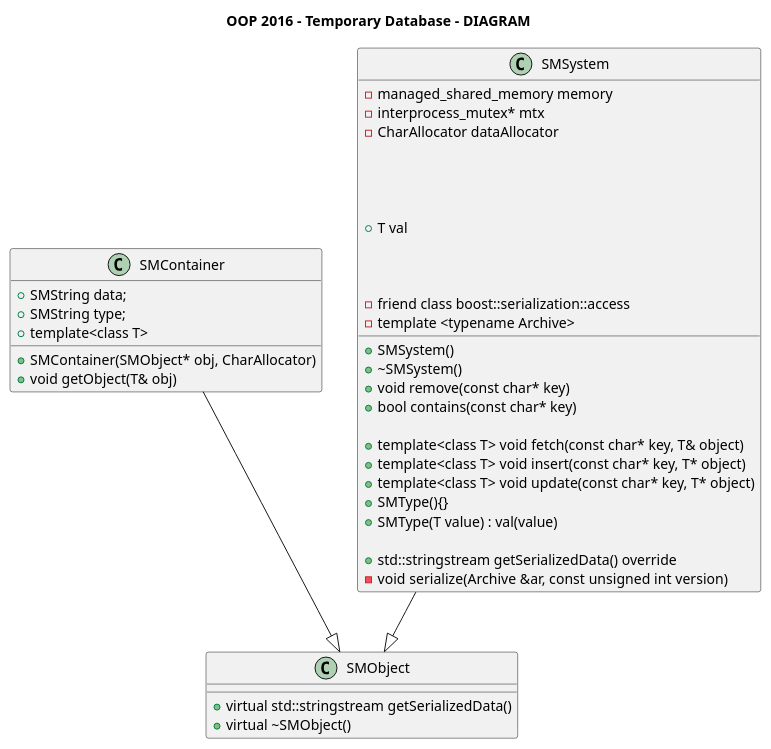
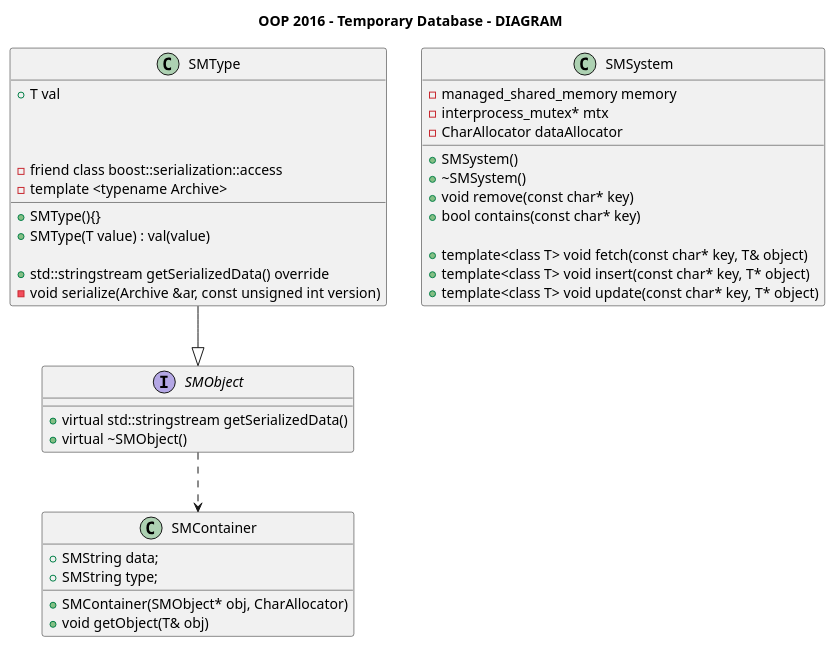
Before and after one commit to lcieply/DateBase_SM: the diagram in UML/uml.puml, drawn with PlantUML. The commit also changed 3 other files, not shown here.

Commit message:
poprawiony UML ale poprawcie moje smieci :((

```diff
--- a/UML/uml.puml
+++ b/UML/uml.puml
@@ -1,47 +1,49 @@
 @startuml
 title OOP 2016 - Temporary Database - DIAGRAM 
 
-class SMObject {
+interface SMObject {
       +virtual std::stringstream getSerializedData() 
       +virtual ~SMObject()
 }
 
 class SMContainer {
         +SMString data;
         +SMString type;
         +SMContainer(SMObject* obj, CharAllocator)
-        +template<class T>
         +void getObject(T& obj)
         
     }
 
 class SMSystem {
        -managed_shared_memory memory
        -interprocess_mutex* mtx
        -CharAllocator dataAllocator
 
         +SMSystem()
         +~SMSystem()
         +void remove(const char* key)
         +bool contains(const char* key)
 
         +template<class T> void fetch(const char* key, T& object) 
         +template<class T> void insert(const char* key, T* object) 
         +template<class T> void update(const char* key, T* object) 
-
+}
+class SMType{
 
         +T val
 
         +SMType(){}
         +SMType(T value) : val(value)
 
         +std::stringstream getSerializedData() override 
 
         -friend class boost::serialization::access
         -template <typename Archive>
         -void serialize(Archive &ar, const unsigned int version)
       
     }
-SMSystem--|>SMObject
-SMContainer --|> SMObject
+ SMType  --|> SMObject
+SMObject ..>  SMContainer
+
+
 @enduml
```
